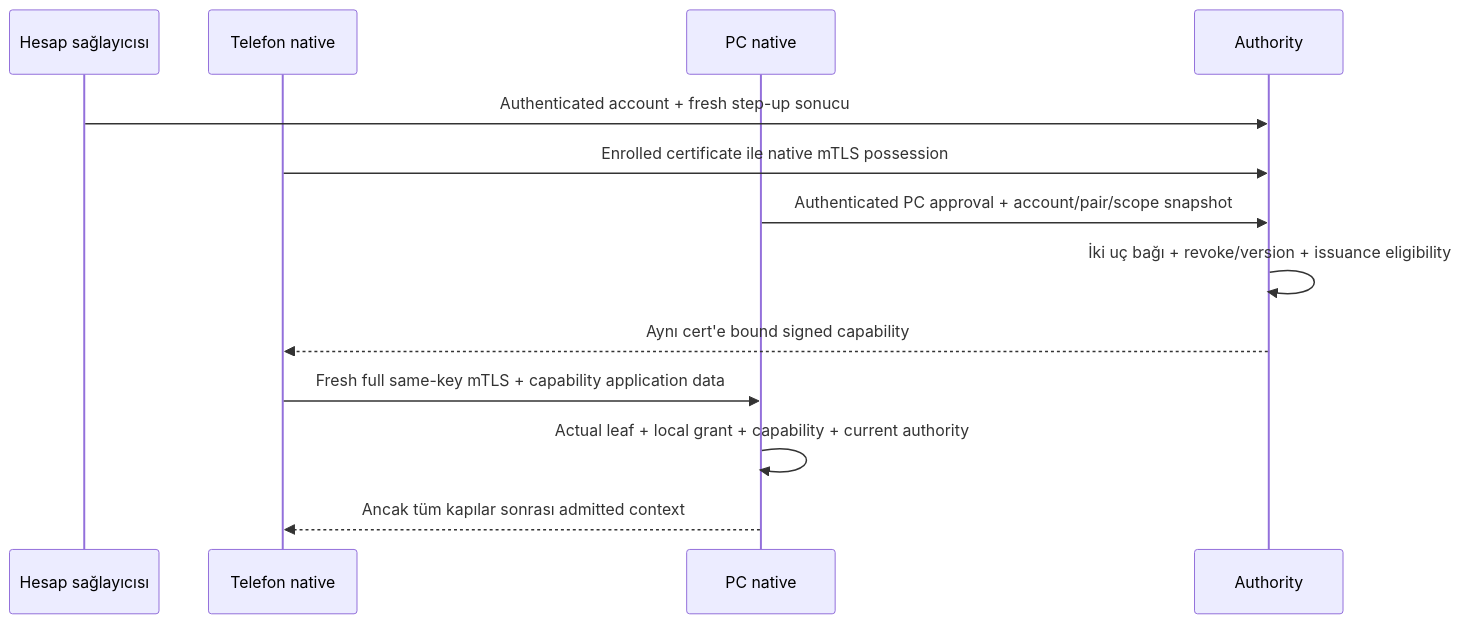
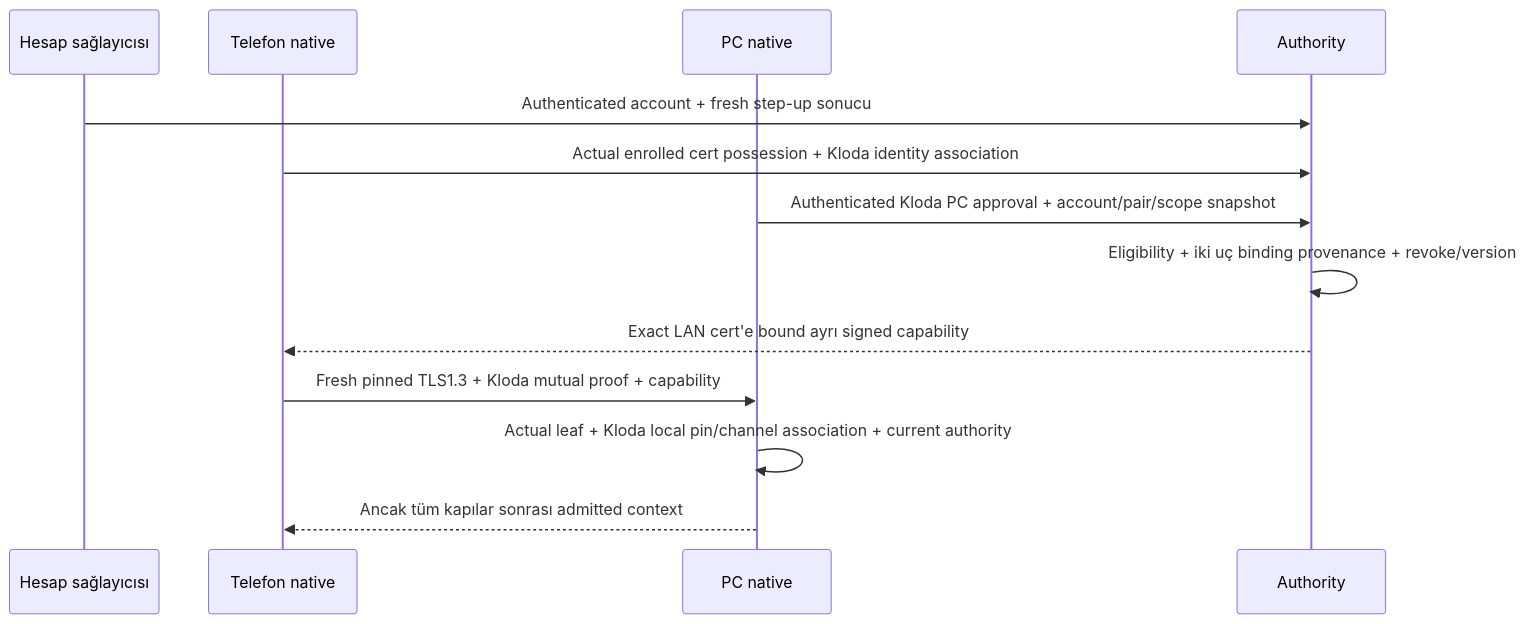
The diagram in docs/security/capability-profile.md (ayhanblt/kloda), drawn with Mermaid before and after one commit. The commit also changed other lines of this file and 200 other files, not shown here.

````diff
--- a/docs/security/capability-profile.md
+++ b/docs/security/capability-profile.md
@@ -79,15 +83,15 @@
 ```mermaid
 sequenceDiagram
     participant A as Hesap sağlayıcısı
     participant P as Telefon native
     participant C as PC native
     participant S as Authority
     A->>S: Authenticated account + fresh step-up sonucu
-    P->>S: Enrolled certificate ile native mTLS possession
-    C->>S: Authenticated PC approval + account/pair/scope snapshot
-    S->>S: İki uç bağı + revoke/version + issuance eligibility
-    S-->>P: Aynı cert'e bound signed capability
-    P->>C: Fresh full same-key mTLS + capability application data
-    C->>C: Actual leaf + local grant + capability + current authority
+    P->>S: Actual enrolled cert possession + Kloda identity association
+    C->>S: Authenticated Kloda PC approval + account/pair/scope snapshot
+    S->>S: Eligibility + iki uç binding provenance + revoke/version
+    S-->>P: Exact LAN cert'e bound ayrı signed capability
+    P->>C: Fresh pinned TLS1.3 + Kloda mutual proof + capability
+    C->>C: Actual leaf + Kloda local pin/channel association + current authority
     C-->>P: Ancak tüm kapılar sonrası admitted context
 ```
````
